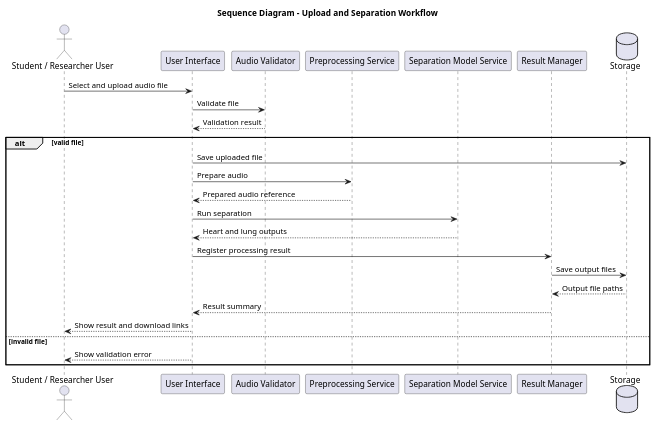
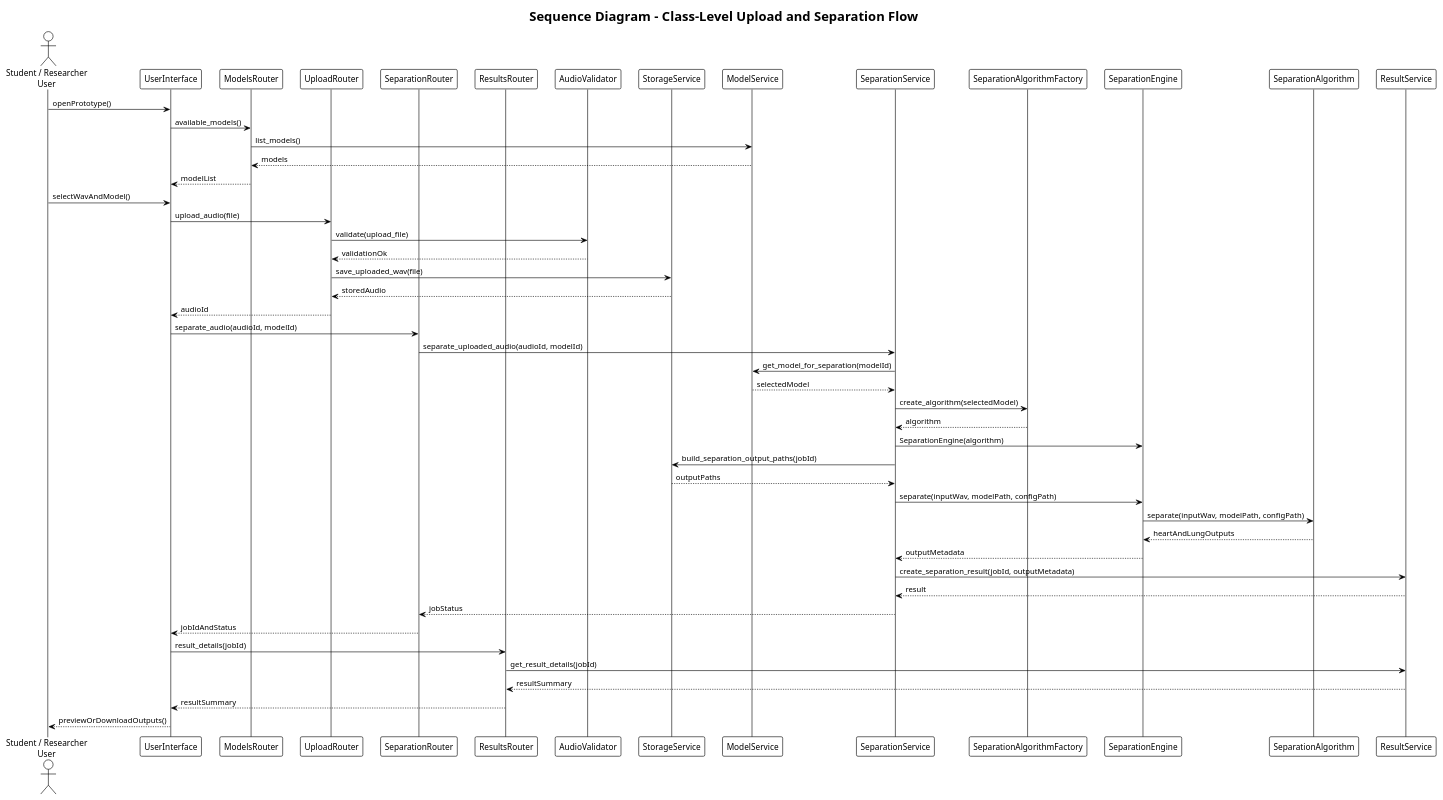
Before and after one commit to ASHRAF-2004/fyp-cardiopulmonary-sound-separation-report: the diagram in diagrams/plantuml/sequence_diagram.puml, drawn with PlantUML. The commit also changed 30 other files, not shown here.

Commit message:
Refine system design diagrams and algorithm plan

```diff
--- a/diagrams/plantuml/sequence_diagram.puml
+++ b/diagrams/plantuml/sequence_diagram.puml
@@ -1,31 +1,60 @@
 @startuml
-title Sequence Diagram - Upload and Separation Workflow
+!theme plain
+title Sequence Diagram - Class-Level Upload and Separation Flow
 
-actor "Student / Researcher User" as User
-participant "User Interface" as UI
-participant "Audio Validator" as Validator
-participant "Preprocessing Service" as Preprocess
-participant "Separation Model Service" as Model
-participant "Result Manager" as Result
-database "Storage" as Storage
+skinparam shadowing false
 
-User -> UI : Select and upload audio file
-UI -> Validator : Validate file
-Validator --> UI : Validation result
+actor "Student / Researcher\nUser" as User
+participant "UserInterface" as UI
+participant "ModelsRouter" as ModelsRouter
+participant "UploadRouter" as UploadRouter
+participant "SeparationRouter" as SeparationRouter
+participant "ResultsRouter" as ResultsRouter
+participant "AudioValidator" as AudioValidator
+participant "StorageService" as StorageService
+participant "ModelService" as ModelService
+participant "SeparationService" as SeparationService
+participant "SeparationAlgorithmFactory" as Factory
+participant "SeparationEngine" as Engine
+participant "SeparationAlgorithm" as Algorithm
+participant "ResultService" as ResultService
 
-alt valid file
-  UI -> Storage : Save uploaded file
-  UI -> Preprocess : Prepare audio
-  Preprocess --> UI : Prepared audio reference
-  UI -> Model : Run separation
-  Model --> UI : Heart and lung outputs
-  UI -> Result : Register processing result
-  Result -> Storage : Save output files
-  Storage --> Result : Output file paths
-  Result --> UI : Result summary
-  UI --> User : Show result and download links
-else invalid file
-  UI --> User : Show validation error
-end
+User -> UI : openPrototype()
+UI -> ModelsRouter : available_models()
+ModelsRouter -> ModelService : list_models()
+ModelService --> ModelsRouter : models
+ModelsRouter --> UI : modelList
+
+User -> UI : selectWavAndModel()
+UI -> UploadRouter : upload_audio(file)
+UploadRouter -> AudioValidator : validate(upload_file)
+AudioValidator --> UploadRouter : validationOk
+UploadRouter -> StorageService : save_uploaded_wav(file)
+StorageService --> UploadRouter : storedAudio
+UploadRouter --> UI : audioId
+
+UI -> SeparationRouter : separate_audio(audioId, modelId)
+SeparationRouter -> SeparationService : separate_uploaded_audio(audioId, modelId)
+SeparationService -> ModelService : get_model_for_separation(modelId)
+ModelService --> SeparationService : selectedModel
+SeparationService -> Factory : create_algorithm(selectedModel)
+Factory --> SeparationService : algorithm
+SeparationService -> Engine : SeparationEngine(algorithm)
+SeparationService -> StorageService : build_separation_output_paths(jobId)
+StorageService --> SeparationService : outputPaths
+SeparationService -> Engine : separate(inputWav, modelPath, configPath)
+Engine -> Algorithm : separate(inputWav, modelPath, configPath)
+Algorithm --> Engine : heartAndLungOutputs
+Engine --> SeparationService : outputMetadata
+SeparationService -> ResultService : create_separation_result(jobId, outputMetadata)
+ResultService --> SeparationService : result
+SeparationService --> SeparationRouter : jobStatus
+SeparationRouter --> UI : jobIdAndStatus
+
+UI -> ResultsRouter : result_details(jobId)
+ResultsRouter -> ResultService : get_result_details(jobId)
+ResultService --> ResultsRouter : resultSummary
+ResultsRouter --> UI : resultSummary
+UI --> User : previewOrDownloadOutputs()
 
 @enduml
```
